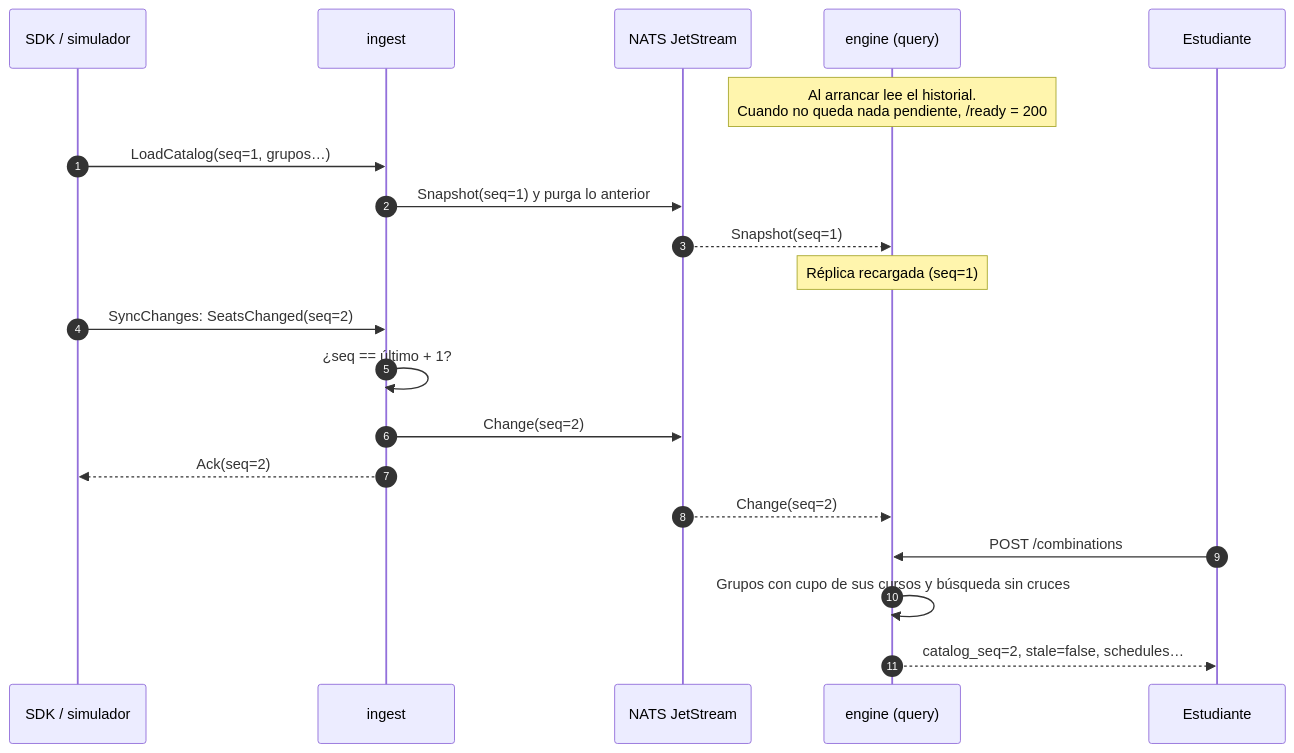
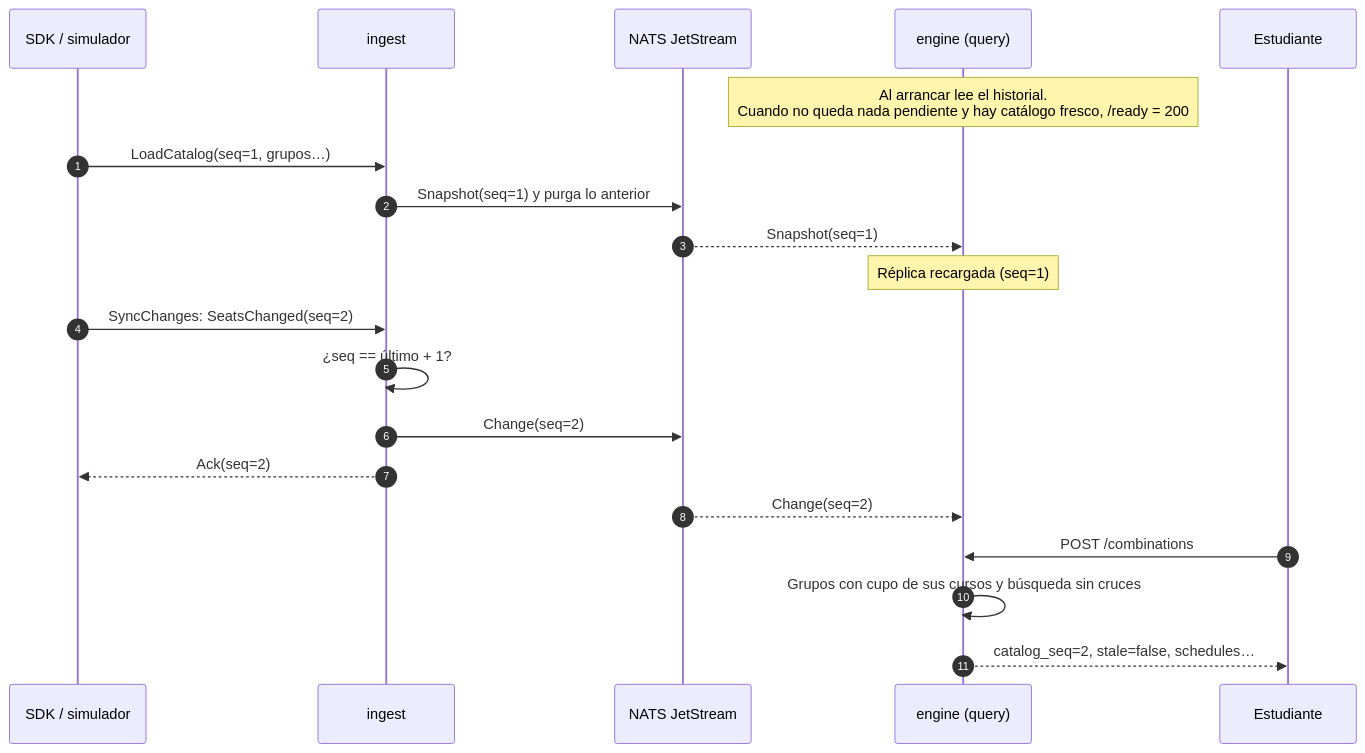
One commit to jcagudelo12/scheduling-engine-java changed the second of 3 diagrams in docs/arquitectura.md. Above: the diagram before and after it, drawn with Mermaid. The commit also changed 12 other files, not shown here.

````diff
--- a/docs/arquitectura.md
+++ b/docs/arquitectura.md
@@ -65,23 +65,23 @@
 ```mermaid
 sequenceDiagram
     autonumber
     participant SDK as SDK / simulador
     participant ING as ingest
     participant LOG as NATS JetStream
     participant Q as engine (query)
     participant EST as Estudiante
 
-    Note over Q: Al arrancar lee el historial.<br/>Cuando no queda nada pendiente, /ready = 200
+    Note over Q: Al arrancar lee el historial.<br/>Cuando no queda nada pendiente y hay catálogo fresco, /ready = 200
     SDK->>ING: LoadCatalog(seq=1, grupos…)
     ING->>LOG: Snapshot(seq=1) y purga lo anterior
     LOG-->>Q: Snapshot(seq=1)
     Note over Q: Réplica recargada (seq=1)
     SDK->>ING: SyncChanges: SeatsChanged(seq=2)
     ING->>ING: ¿seq == último + 1?
     ING->>LOG: Change(seq=2)
     ING-->>SDK: Ack(seq=2)
     LOG-->>Q: Change(seq=2)
     EST->>Q: POST /combinations
     Q->>Q: Grupos con cupo de sus cursos y búsqueda sin cruces
     Q-->>EST: catalog_seq=2, stale=false, schedules…
 ```
````
